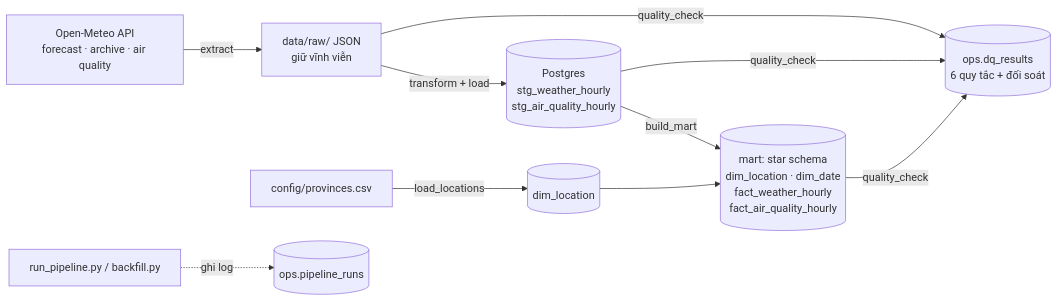
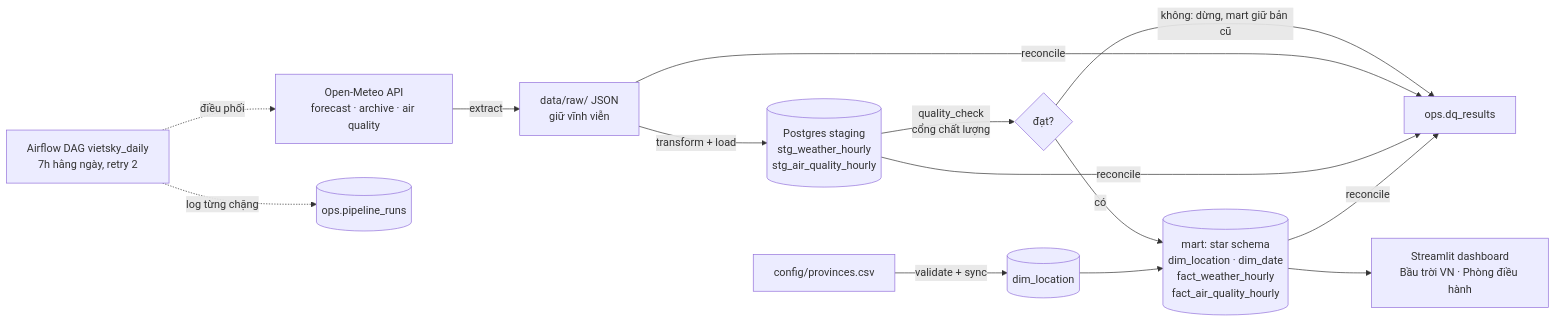
One commit to DucThuanTran/vietsky changed the diagram in README.md. Above: the diagram before and after it, drawn with Mermaid. The commit also changed other lines of this file and 27 other files, not shown here.

First line of the commit message:
Days 11-14: Airflow DAG, quality gate, Streamlit dashboard, chaos drills and incident docs

````diff
--- a/README.md
+++ b/README.md
@@ -7,10 +10,14 @@
 ```mermaid
 flowchart LR
     A[Open-Meteo API<br/>forecast · archive · air quality] -->|extract| B[data/raw/ JSON<br/>giữ vĩnh viễn]
-    B -->|transform + load| C[(Postgres<br/>stg_weather_hourly<br/>stg_air_quality_hourly)]
-    D[config/provinces.csv] -->|load_locations| E[(dim_location)]
-    C -->|build_mart| M[(mart: star schema<br/>dim_location · dim_date<br/>fact_weather_hourly<br/>fact_air_quality_hourly)]
+    B -->|transform + load| C[(Postgres staging<br/>stg_weather_hourly<br/>stg_air_quality_hourly)]
+    D[config/provinces.csv] -->|validate + sync| E[(dim_location)]
+    C -->|quality_check<br/>cổng chất lượng| G{đạt?}
+    G -->|có| M[(mart: star schema<br/>dim_location · dim_date<br/>fact_weather_hourly<br/>fact_air_quality_hourly)]
+    G -->|không: dừng, mart giữ bản cũ| X[ops.dq_results]
     E --> M
-    B & C & M -->|quality_check| Q[(ops.dq_results<br/>6 quy tắc + đối soát)]
-    G[run_pipeline.py / backfill.py] -.ghi log.-> H[(ops.pipeline_runs)]
+    B & C & M -->|reconcile| X
+    M --> S[Streamlit dashboard<br/>Bầu trời VN · Phòng điều hành]
+    AF[Airflow DAG vietsky_daily<br/>7h hằng ngày, retry 2] -.điều phối.-> A
+    AF -.log từng chặng.-> H[(ops.pipeline_runs)]
 ```
````
